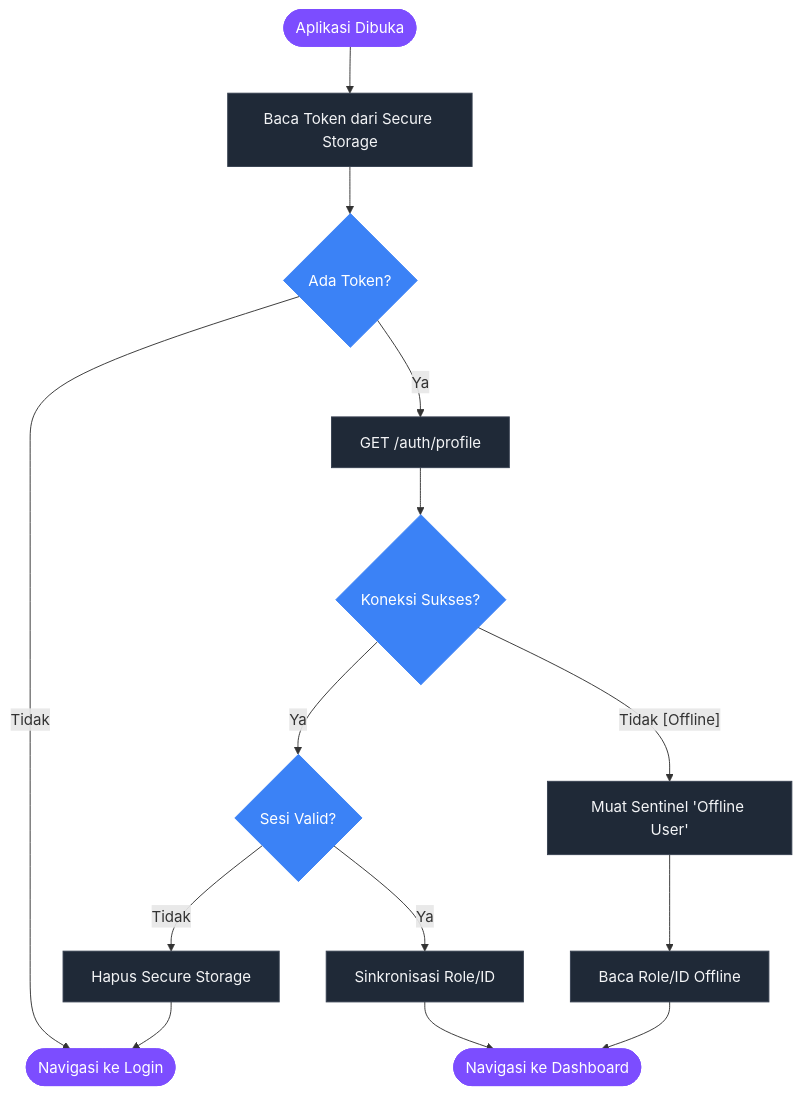
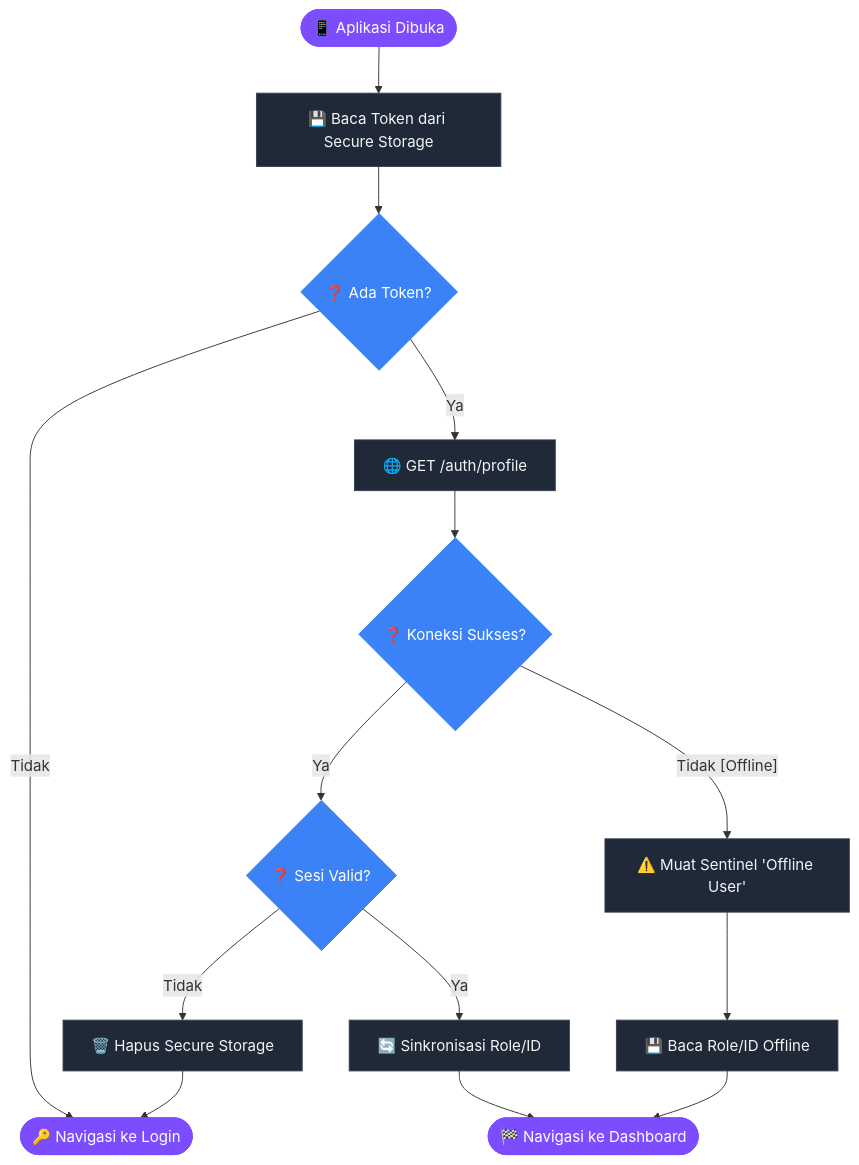
The second of 9 diagrams in dokumentasi/ALUR_BISNIS.md (Rezi14/NalaSeva-Mobile-Test), drawn with Mermaid before and after one commit. The commit also changed other lines of this file, not shown here.

````diff
--- a/dokumentasi/ALUR_BISNIS.md
+++ b/dokumentasi/ALUR_BISNIS.md
@@ -48,23 +48,23 @@
 ```mermaid
 flowchart TD
     classDef default fill:#1f2937,stroke:#374151,stroke-width:1px,color:#f3f4f6;
     classDef startEnd fill:#7c4dff,stroke:#7c4dff,color:#fff;
     classDef decision fill:#3b82f6,stroke:#3b82f6,color:#fff;
 
-    Start([Aplikasi Dibuka]):::startEnd --> ReadStorage[Baca Token dari Secure Storage]
-    ReadStorage --> TokenExist{Ada Token?}:::decision
+    Start([📱 Aplikasi Dibuka]):::startEnd --> ReadStorage[💾 Baca Token dari Secure Storage]
+    ReadStorage --> TokenExist{❓ Ada Token?}:::decision
     
-    TokenExist -- Tidak --> GoLogin([Navigasi ke Login]):::startEnd
+    TokenExist -- Tidak --> GoLogin([🔑 Navigasi ke Login]):::startEnd
     
-    TokenExist -- Ya --> ProfileAPI[GET /auth/profile]
-    ProfileAPI --> ConnCheck{Koneksi Sukses?}:::decision
+    TokenExist -- Ya --> ProfileAPI[🌐 GET /auth/profile]
+    ProfileAPI --> ConnCheck{❓ Koneksi Sukses?}:::decision
     
-    ConnCheck -- Ya --> SesiCheck{Sesi Valid?}:::decision
-    SesiCheck -- Ya --> SyncData[Sinkronisasi Role/ID] --> GoDashboard
-    SesiCheck -- Tidak --> ClearStorage[Hapus Secure Storage] --> GoLogin
+    ConnCheck -- Ya --> SesiCheck{❓ Sesi Valid?}:::decision
+    SesiCheck -- Ya --> SyncData[🔄 Sinkronisasi Role/ID] --> GoDashboard
+    SesiCheck -- Tidak --> ClearStorage[🗑️ Hapus Secure Storage] --> GoLogin
     
-    ConnCheck -- Tidak [Offline] --> Sentinel[Muat Sentinel 'Offline User']
-    Sentinel --> ReadRole[Baca Role/ID Offline] --> GoDashboard
+    ConnCheck -- Tidak [Offline] --> Sentinel[⚠️ Muat Sentinel 'Offline User']
+    Sentinel --> ReadRole[💾 Baca Role/ID Offline] --> GoDashboard
     
-    GoDashboard([Navigasi ke Dashboard]):::startEnd
+    GoDashboard([🏁 Navigasi ke Dashboard]):::startEnd
 ```
````
